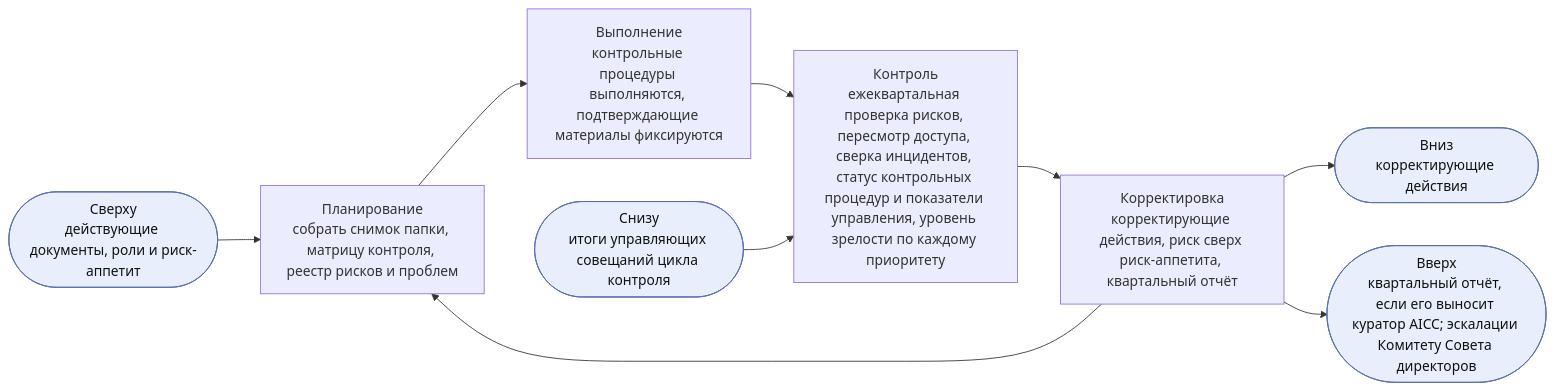
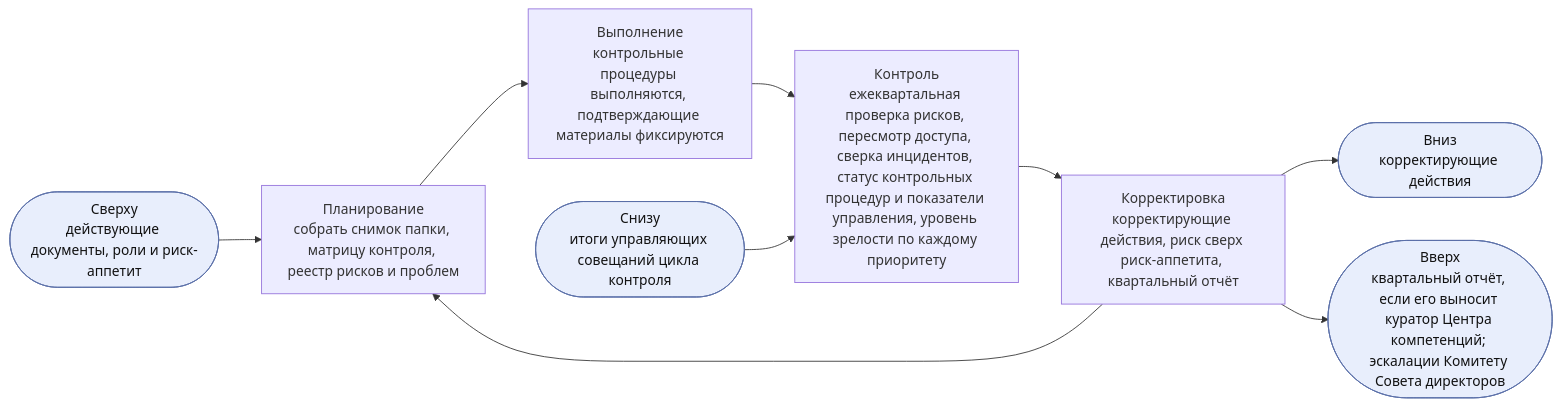
Before and after one commit to devhogu/ob-aicc: the third of 8 diagrams in charter/ru/documents/operating-model.md, drawn with Mermaid. The commit also changed other lines of this file and 1149 other files, not shown here.

````diff
--- a/charter/ru/documents/operating-model.md
+++ b/charter/ru/documents/operating-model.md
@@ -189,9 +189,9 @@
 ```mermaid
 flowchart LR
   IN(["Сверху<br/>действующие документы, роли и риск-аппетит"]):::iface --> P
   P["Планирование<br/>собрать снимок папки, матрицу контроля, реестр рисков и проблем"] --> D["Выполнение<br/>контрольные процедуры выполняются, подтверждающие материалы фиксируются"] --> C["Контроль<br/>ежеквартальная проверка рисков, пересмотр доступа, сверка инцидентов, статус контрольных процедур и показатели управления, уровень зрелости по каждому приоритету"] --> A["Корректировка<br/>корректирующие действия, риск сверх риск-аппетита, квартальный отчёт"] --> P
   EV(["Снизу<br/>итоги управляющих совещаний цикла контроля"]):::iface --> C
   A --> OUT(["Вниз<br/>корректирующие действия"]):::iface
-  A --> UP(["Вверх<br/>квартальный отчёт, если его выносит куратор AICC; эскалации Комитету Совета директоров"]):::iface
+  A --> UP(["Вверх<br/>квартальный отчёт, если его выносит куратор Центра компетенций; эскалации Комитету Совета директоров"]):::iface
   classDef iface fill:#e8eefc,stroke:#5a6fa8,color:#111
 ```
````
